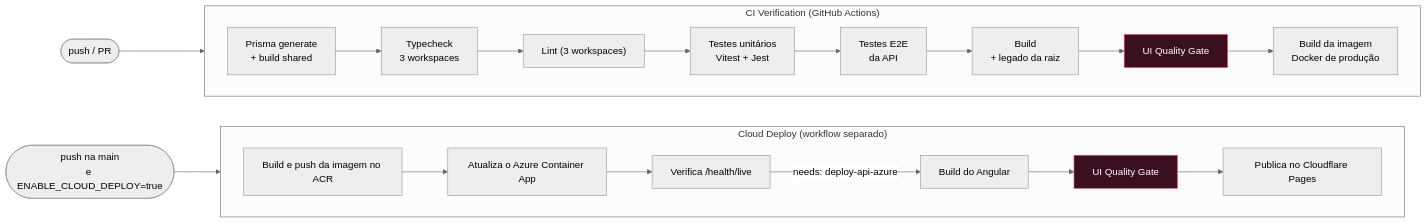
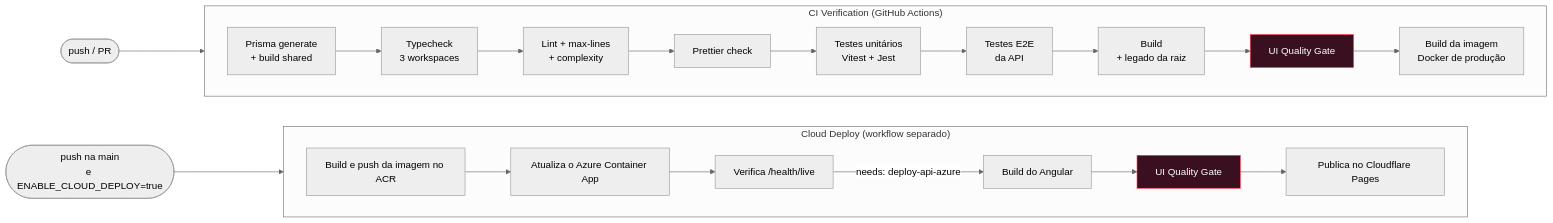
Before and after one commit to Digooow/pokedex-frontend: the eighth of 12 diagrams in README.md, drawn with Mermaid (neutral theme). The commit also changed other lines of this file and 59 other files, not shown here.

````diff
--- a/README.md
+++ b/README.md
@@ -471,26 +471,27 @@
 ```mermaid
 flowchart LR
   push(["push / PR"]) --> v
 
   subgraph v["CI Verification (GitHub Actions)"]
     direction LR
     s1["Prisma generate<br/>+ build shared"] --> s2["Typecheck<br/>3 workspaces"]
-    s2 --> s3["Lint (3 workspaces)"]
-    s3 --> s4["Testes unitários<br/>Vitest + Jest"]
+    s2 --> s3["Lint + max-lines<br/>+ complexity"]
+    s3 --> s3b["Prettier check"]
+    s3b --> s4["Testes unitários<br/>Vitest + Jest"]
     s4 --> s5["Testes E2E<br/>da API"]
     s5 --> s6["Build<br/>+ legado da raiz"]
     s6 --> s7["UI Quality Gate"]
     s7 --> s8["Build da imagem<br/>Docker de produção"]
   end
 
   push2(["push na main<br/>e ENABLE_CLOUD_DEPLOY=true"]) --> d
 
   subgraph d["Cloud Deploy (workflow separado)"]
     direction LR
     a1["Build e push da imagem no ACR"] --> a2["Atualiza o Azure Container App"] --> a3["Verifica /health/live"]
     a3 -->|"needs: deploy-api-azure"| b1["Build do Angular"] --> b2["UI Quality Gate"] --> b3["Publica no Cloudflare Pages"]
   end
 
   classDef gate fill:#3a1020,stroke:#ff3b4e,color:#fff
   class s7,b2 gate
 ```
````
